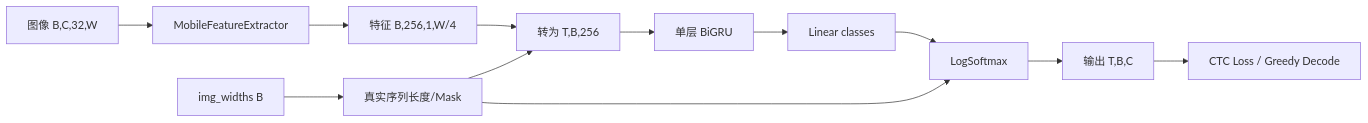
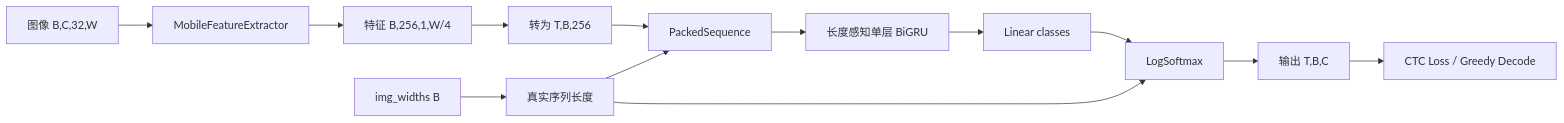
One commit to MAKENOTES/ocr-web changed the second of 3 diagrams in docs/recognition.md. Above: the diagram before and after it, drawn with Mermaid. The commit also changed other lines of this file and 17 other files, not shown here.

````diff
--- a/docs/recognition.md
+++ b/docs/recognition.md
@@ -57,14 +58,15 @@
 ```mermaid
 flowchart LR
     X[图像 B,C,32,W] --> CNN[MobileFeatureExtractor]
     CNN --> F[特征 B,256,1,W/4]
     F --> T[转为 T,B,256]
-    W[img_widths B] --> MASK[真实序列长度/Mask]
-    MASK --> T
-    T --> GRU[单层 BiGRU]
+    W[img_widths B] --> LEN[真实序列长度]
+    T --> PACK[PackedSequence]
+    LEN --> PACK
+    PACK --> GRU[长度感知单层 BiGRU]
     GRU --> FC[Linear classes]
     FC --> LS[LogSoftmax]
-    MASK --> LS
+    LEN --> LS
     LS --> Y[输出 T,B,C]
     Y --> CTC[CTC Loss / Greedy Decode]
 ```
````
